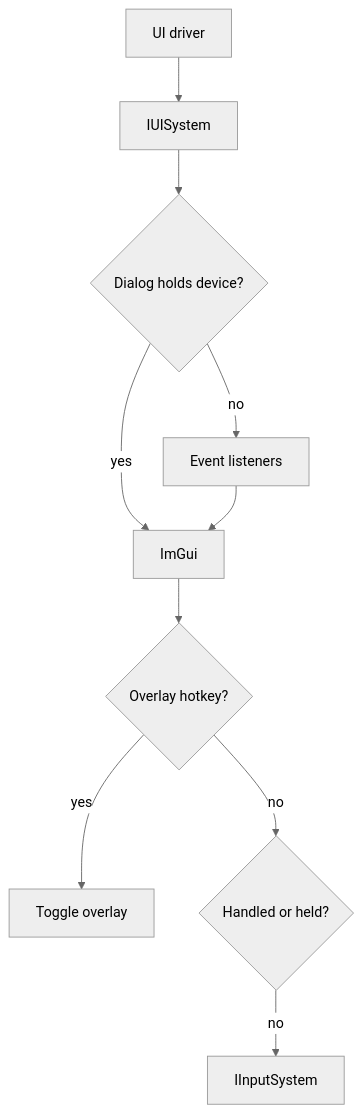
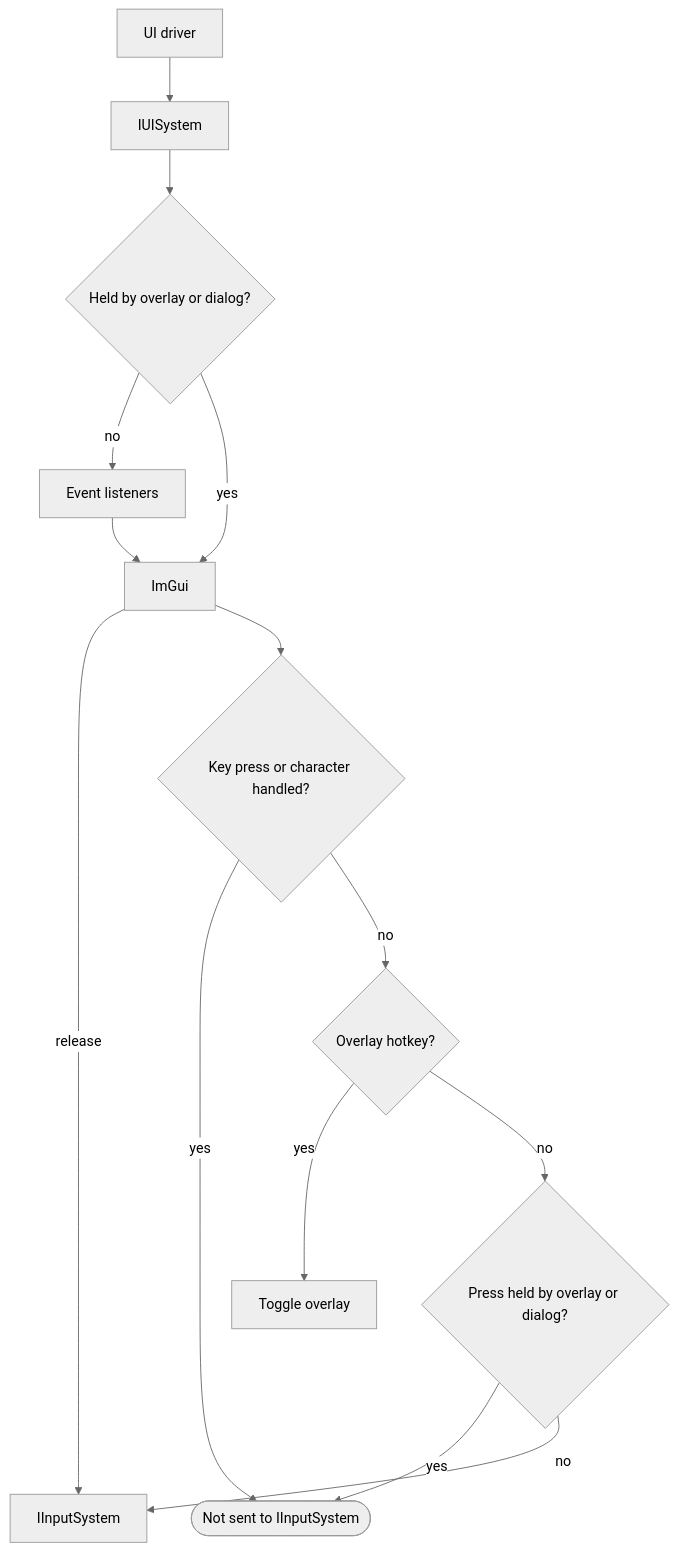
One commit to rexglue/rexglue-sdk changed the diagram in docs/site/pages/devices/ui.md. Above: the diagram before and after it, drawn with Mermaid (neutral theme). The commit also changed other lines of this file and 46 other files, not shown here.

````diff
--- a/docs/site/pages/devices/ui.md
+++ b/docs/site/pages/devices/ui.md
@@ -52,12 +52,16 @@
 ```mermaid
 flowchart TD
     D["UI driver"] --> U["IUISystem"]
-    U --> C{"Dialog holds device?"}
+    U --> C{"Held by overlay or dialog?"}
     C -- no --> L["Event listeners"]
     C -- yes --> G["ImGui"]
     L --> G
-    G --> H{"Overlay hotkey?"}
+    G -- release --> I
+    G --> A{"Key press or character handled?"}
+    A -- yes --> X(["Not sent to IInputSystem"])
+    A -- no --> H{"Overlay hotkey?"}
     H -- yes --> O["Toggle overlay"]
-    H -- no --> F{"Handled or held?"}
+    H -- no --> F{"Press held by overlay or dialog?"}
+    F -- yes --> X
     F -- no --> I["IInputSystem"]
 ```
````
